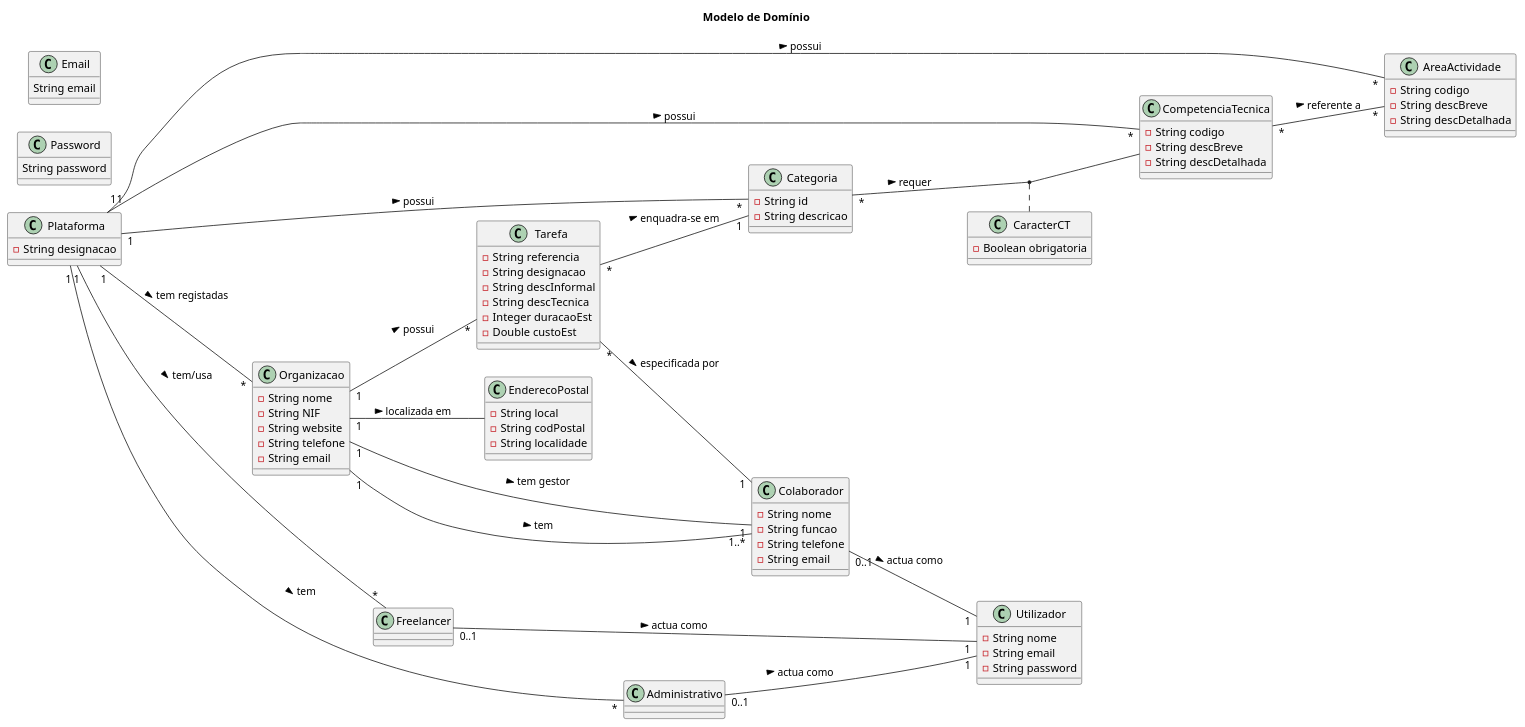
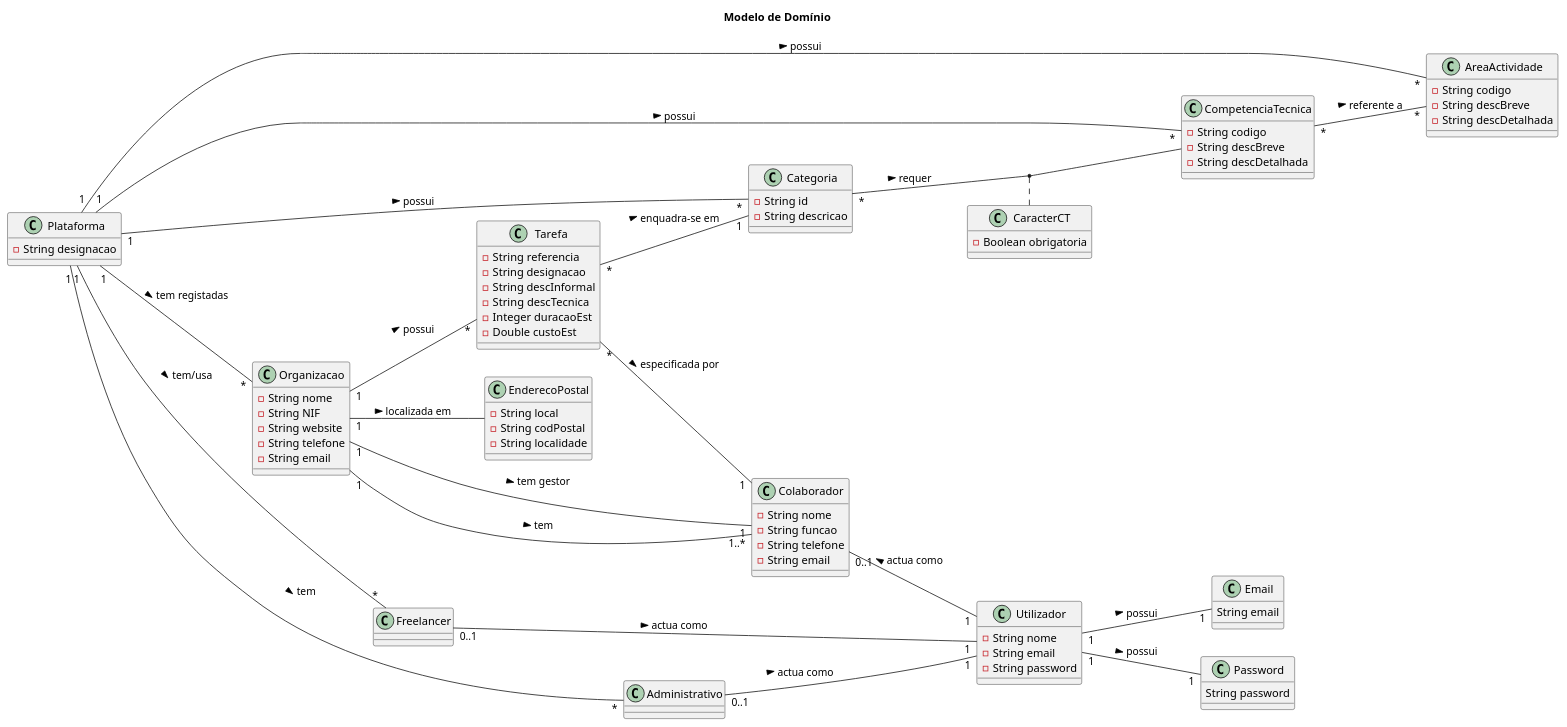
Before and after one commit to blestonbandeiraUPSKILL/upskill_java1_labprg_grupo2: the diagram in Sprint 2/Modelo_Dominio.puml, drawn with PlantUML. The commit also changed 1 other file, not shown here.

```diff
--- a/Sprint 2/Modelo_Dominio.puml
+++ b/Sprint 2/Modelo_Dominio.puml
@@ -1,100 +1,102 @@
 @startuml
 title Modelo de Domínio
 
 left to right direction
 class Plataforma {
     -String designacao
 }
 
 class AreaActividade {
     -String codigo
     -String descBreve
     -String descDetalhada
 }
 
 class CompetenciaTecnica {
     -String codigo
     -String descBreve
     -String descDetalhada
 }
 
 class Organizacao {
     -String nome
     -String NIF
     -String website
     -String telefone
     -String email
 }
 
 class Tarefa {
     -String referencia
     -String designacao
     -String descInformal
     -String descTecnica
     -Integer duracaoEst
     -Double custoEst
 }
 
 class CaracterCT {
     -Boolean obrigatoria
 }
 
 class Categoria {
     -String id
     -String descricao 
 }
 
 class Colaborador {
     -String nome
     -String funcao
     -String telefone
     -String email
 }
 
 class EnderecoPostal {
     -String local
     -String codPostal
     -String localidade
 }
 
 class Freelancer {
 }
 
 class Administrativo {
 }
 
 class Utilizador {
     -String nome
     -String email
     -String password
 }
 
 class Password {
     String password
 }
 
 class Email {
     String email
 }
 
 Plataforma"1" -- "*"Organizacao: tem registadas >
 Plataforma"1" -- "*"Freelancer: tem/usa >
 Plataforma"1" -- "*"Administrativo: tem >
 Plataforma"1" -- "*"AreaActividade: possui >
 Plataforma"1" -- "*"CompetenciaTecnica: possui >
 Plataforma"1" -- "*"Categoria: possui >
 Tarefa"*" -- "1"Categoria: enquadra-se em >
 Tarefa"*" -- "1"Colaborador: especificada por >
 CompetenciaTecnica"*" -- "*"AreaActividade: referente a >
 Organizacao"1" -- "*"Tarefa: possui >
 Organizacao"1" -- EnderecoPostal: localizada em >
 Organizacao"1" -- "1"Colaborador: tem gestor >
 Organizacao"1" -- "1..*"Colaborador: tem >
 Freelancer"0..1" -- "1"Utilizador: actua como >
 Administrativo"0..1" -- "1"Utilizador: actua como >
-Colaborador"0..1" -- "1"Utilizador: actua como >
+Colaborador"0..1" -- "1"Utilizador: actua como <
 Categoria"*" -- CompetenciaTecnica: requer >
 (Categoria, CompetenciaTecnica) . CaracterCT
+Utilizador"1" -- "1"Email: possui >
+Utilizador"1" -- "1"Password: possui >
 
 
 @enduml
```
